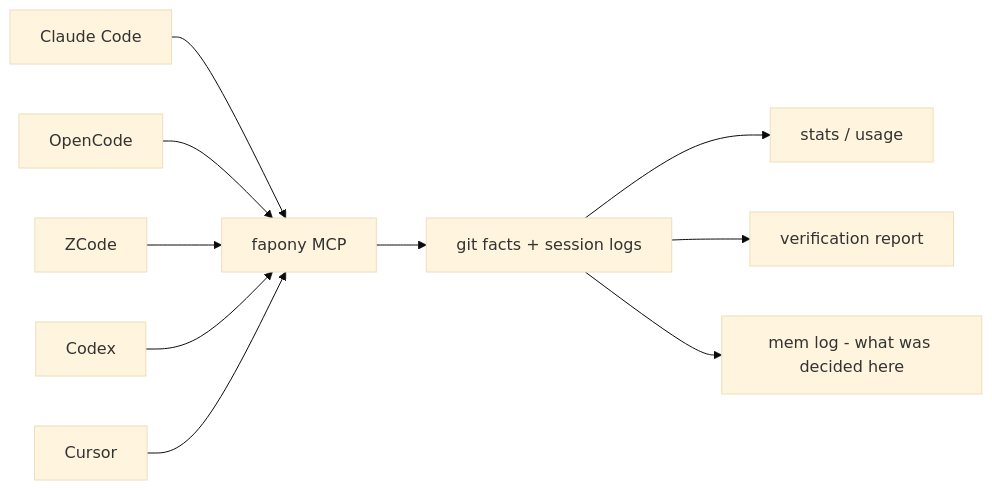
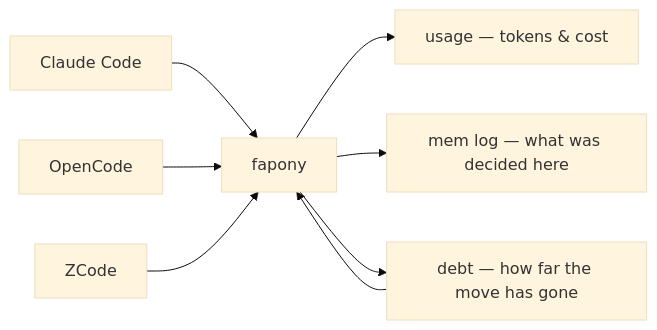
The diagram in README.md (inonix-dev/fapony), drawn with Mermaid (base theme) before and after one commit. The commit also changed other lines of this file, not shown here.

First line of the commit message:
docs: rewrite README around the usage wedge — 543→308 lines

````diff
--- a/README.md
+++ b/README.md
@@ -141,12 +60,10 @@
 ```mermaid
 flowchart LR
-    A[Claude Code] --> F[fapony MCP]
+    A[Claude Code] --> F[fapony]
     B[OpenCode] --> F
     C[ZCode] --> F
     D[Codex] --> F
-    E[Cursor] --> F
-    F --> G[git facts + session logs]
-    G --> S[stats / usage]
-    G --> V[verification report]
-    G --> M[mem log - what was decided here]
+    F --> U[usage — tokens & cost]
+    F --> M[mem log — what was decided here]
+    F --> D[debt — how far the move has gone]
 ```
````
